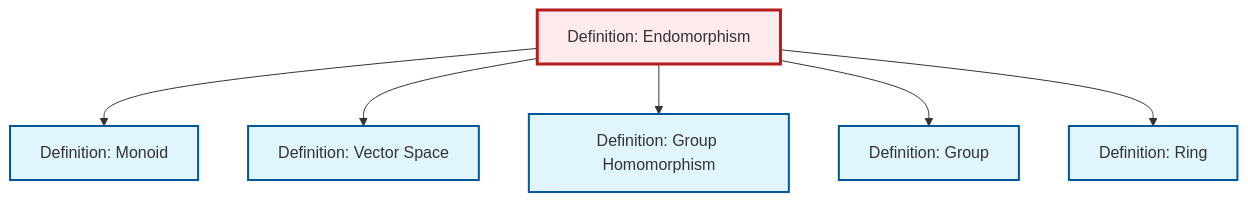
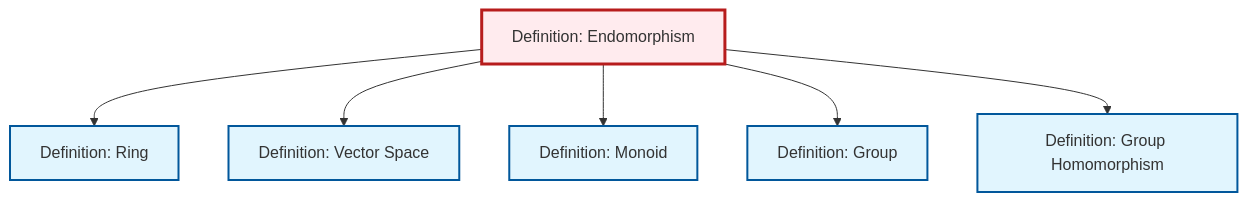
One commit to RK0429/ModernMath changed the diagram in content/ja/algebra/def-endomorphism.qmd. Above: the diagram before and after it, drawn with Mermaid. The commit also changed other lines of this file and 654 other files, not shown here.

````diff
--- a/content/ja/algebra/def-endomorphism.qmd
+++ b/content/ja/algebra/def-endomorphism.qmd
@@ -90,26 +90,26 @@
 ```{mermaid}
 %%| fig-cap: "Local dependency graph"
 graph TD
     classDef definition fill:#e1f5fe,stroke:#01579b,stroke-width:2px
     classDef theorem fill:#f3e5f5,stroke:#4a148c,stroke-width:2px
     classDef axiom fill:#fff3e0,stroke:#e65100,stroke-width:2px
     classDef example fill:#e8f5e9,stroke:#1b5e20,stroke-width:2px
     classDef current fill:#ffebee,stroke:#b71c1c,stroke-width:3px
+    def-monoid["Definition: Monoid"]:::definition
     def-group["Definition: Group"]:::definition
-    def-monoid["Definition: Monoid"]:::definition
-    def-endomorphism["Definition: Endomorphism"]:::definition
     def-ring["Definition: Ring"]:::definition
     def-homomorphism["Definition: Group Homomorphism"]:::definition
+    def-endomorphism["Definition: Endomorphism"]:::definition
     def-vector-space["Definition: Vector Space"]:::definition
+    def-endomorphism --> def-ring
+    def-endomorphism --> def-vector-space
     def-endomorphism --> def-monoid
-    def-endomorphism --> def-vector-space
+    def-endomorphism --> def-group
     def-endomorphism --> def-homomorphism
-    def-endomorphism --> def-group
-    def-endomorphism --> def-ring
     class def-endomorphism current
+    click def-monoid "def-monoid.html" "Definition: Monoidへ"
     click def-group "def-group.html" "Definition: Groupへ"
-    click def-monoid "def-monoid.html" "Definition: Monoidへ"
     click def-ring "def-ring.html" "Definition: Ringへ"
     click def-homomorphism "def-homomorphism.html" "Definition: Group Homomorphismへ"
     click def-vector-space "def-vector-space.html" "Definition: Vector Spaceへ"
 ```
````
